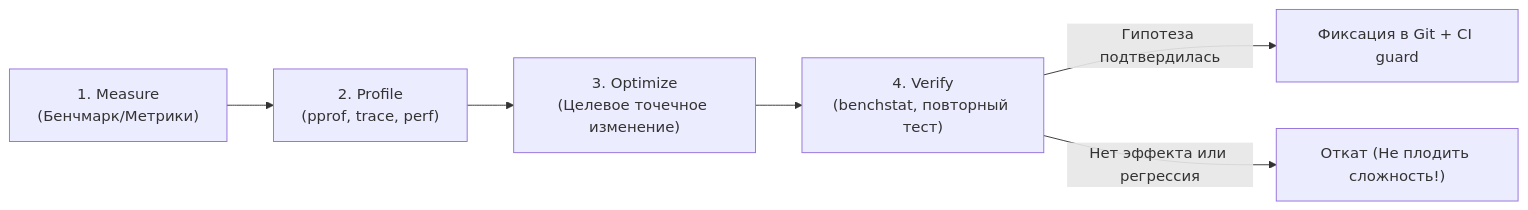
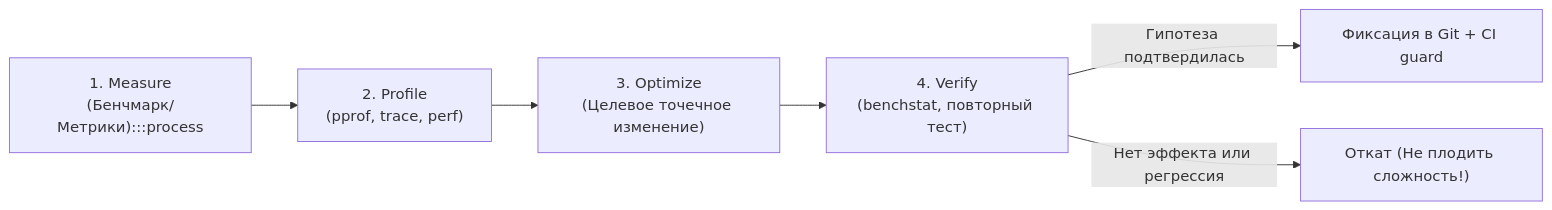
Before and after one commit to UnrealTemplier/go-textbook: the second of 2 diagrams in sources/16. Профилирование, отладка и производительность/02. Benchmarking/1. Почему нельзя оптимизировать без измерений.md, drawn with Mermaid. The commit also changed other lines of this file and 1666 other files, not shown here.

First line of the commit message:
feat(mermaid): add semantic color classDef to 1369 colorless flowchart/graph diagrams

````diff
--- a/sources/16. Профилирование, отладка и производительность/02. Benchmarking/1. Почему нельзя оптимизировать без измерений.md
+++ b/sources/16. Профилирование, отладка и производительность/02. Benchmarking/1. Почему нельзя оптимизировать без измерений.md
@@ -159,8 +169,18 @@
 ```mermaid
 flowchart LR
-    M["1. Measure<br>(Бенчмарк/Метрики)"] --> P["2. Profile<br>(pprof, trace, perf)"]
+    classDef process  fill:#1e293b,stroke:#38bdf8,stroke-width:1px,color:#f8fafc
+    classDef success  fill:#064e3b,stroke:#34d399,stroke-width:1px,color:#f8fafc
+    classDef error    fill:#7f1d1d,stroke:#f87171,stroke-width:1px,color:#f8fafc
+    classDef warning  fill:#78350f,stroke:#fbbf24,stroke-width:1px,color:#f8fafc
+    classDef entry    fill:#1e3a5f,stroke:#38bdf8,stroke-width:2px,color:#f8fafc
+    classDef aux      fill:#334155,stroke:#64748b,stroke-width:1px,color:#f8fafc
+    classDef system   fill:#312e81,stroke:#a78bfa,stroke-width:1px,color:#f8fafc
+    classDef data     fill:#132d29,stroke:#2dd4bf,stroke-width:1px,color:#f8fafc
+    classDef network  fill:#881337,stroke:#fb7185,stroke-width:1px,color:#f8fafc
+    classDef accent   fill:#1e1b4b,stroke:#818cf8,stroke-width:1px,color:#f8fafc
+    M["1. Measure<br>(Бенчмарк/Метрики):::process"] --> P["2. Profile<br>(pprof, trace, perf)"]
     P --> O["3. Optimize<br>(Целевое точечное изменение)"]
     O --> V["4. Verify<br>(benchstat, повторный тест)"]
     V -->|"Гипотеза подтвердилась"| Commit["Фиксация в Git + CI guard"]
     V -->|"Нет эффекта или регрессия"| Rollback["Откат (Не плодить сложность!)"]
 ```
````
